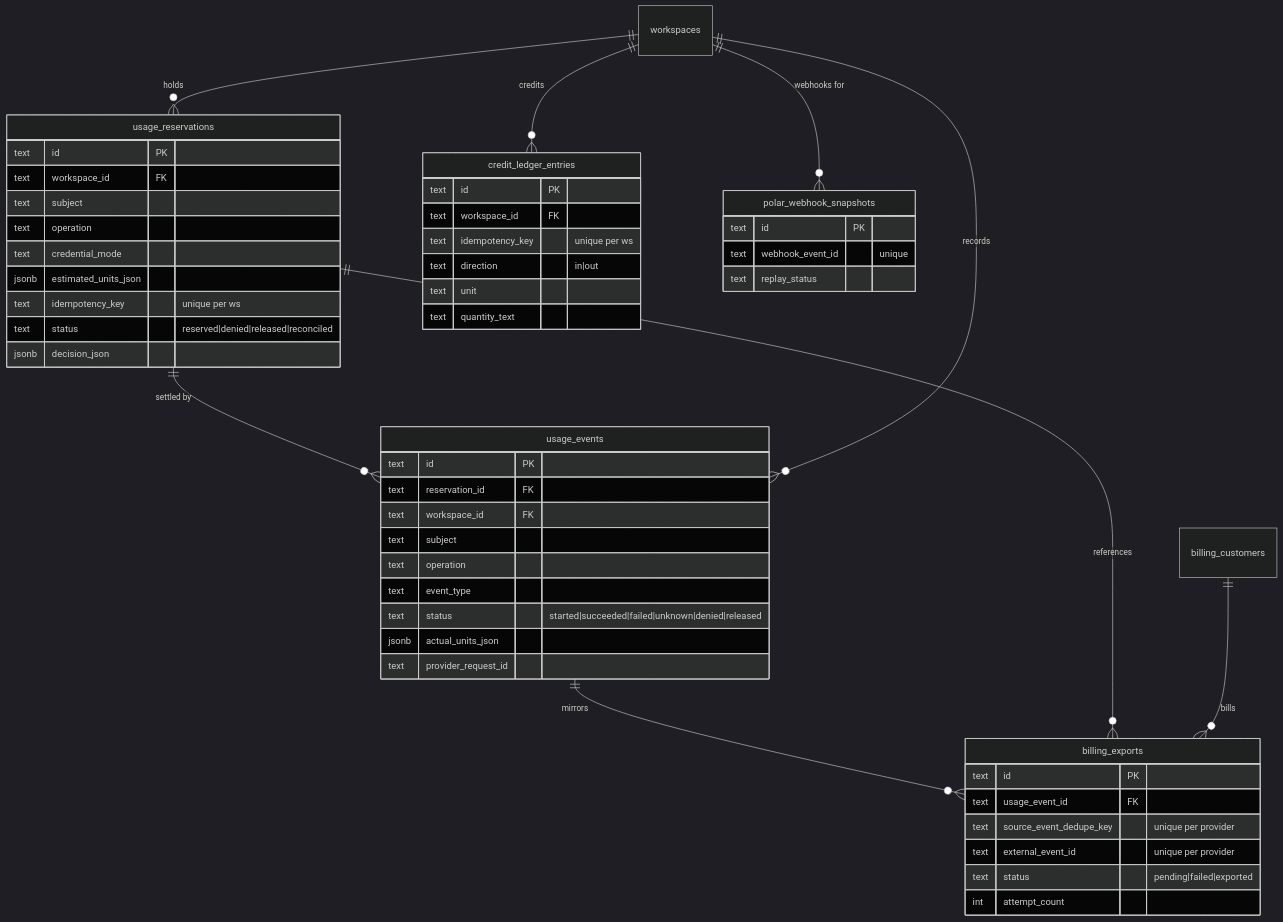
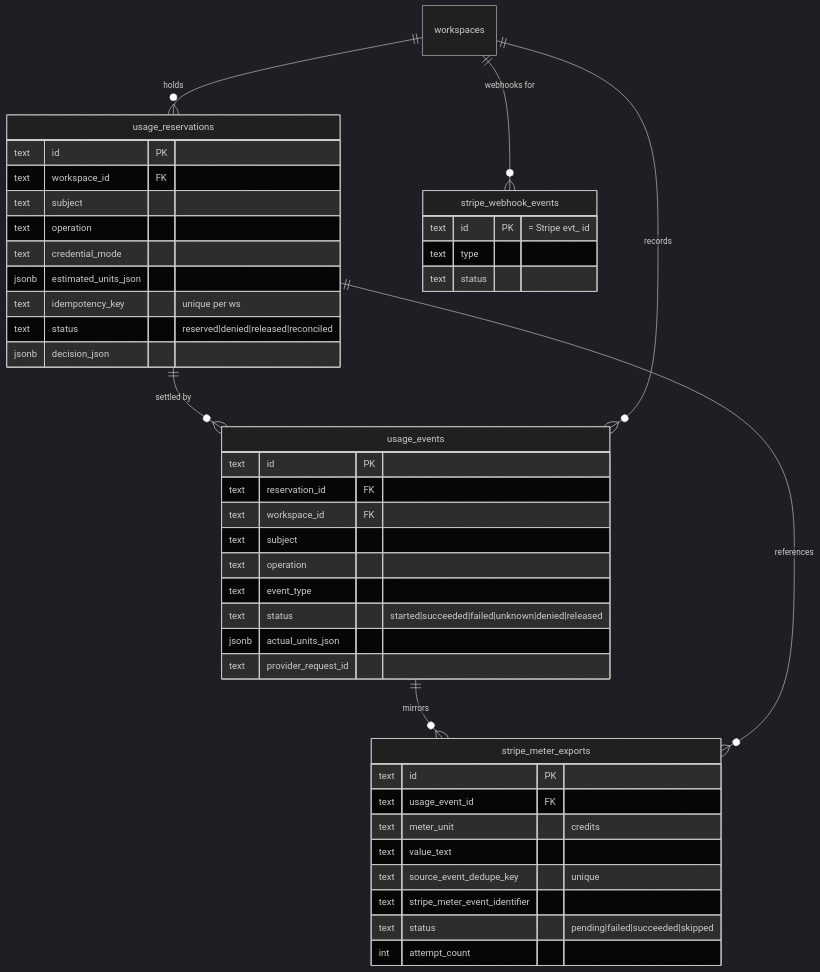
Before and after one commit to MaskyS/yutome: the fourth of 14 diagrams in docs/architecture/hosted.md, drawn with Mermaid (dark theme). The commit also changed other lines of this file and 15 other files, not shown here.

First line of the commit message:
Replace Polar billing with Stripe metered (usage-based) billing

````diff
--- a/docs/architecture/hosted.md
+++ b/docs/architecture/hosted.md
@@ -190,55 +190,47 @@
 ```mermaid
 erDiagram
     workspaces ||--o{ usage_reservations : holds
     usage_reservations ||--o{ usage_events : "settled by"
     workspaces ||--o{ usage_events : records
-    usage_events ||--o{ billing_exports : mirrors
-    usage_reservations ||--o{ billing_exports : references
-    billing_customers ||--o{ billing_exports : bills
-    workspaces ||--o{ credit_ledger_entries : credits
-    workspaces ||--o{ polar_webhook_snapshots : "webhooks for"
+    usage_events ||--o{ stripe_meter_exports : mirrors
+    usage_reservations ||--o{ stripe_meter_exports : references
+    workspaces ||--o{ stripe_webhook_events : "webhooks for"
 
     usage_reservations {
         text id PK
         text workspace_id FK
         text subject
         text operation
         text credential_mode
         jsonb estimated_units_json
         text idempotency_key "unique per ws"
         text status "reserved|denied|released|reconciled"
         jsonb decision_json
     }
     usage_events {
         text id PK
         text reservation_id FK
         text workspace_id FK
         text subject
         text operation
         text event_type
         text status "started|succeeded|failed|unknown|denied|released"
         jsonb actual_units_json
         text provider_request_id
     }
-    billing_exports {
+    stripe_meter_exports {
         text id PK
         text usage_event_id FK
-        text source_event_dedupe_key "unique per provider"
-        text external_event_id "unique per provider"
-        text status "pending|failed|exported"
+        text meter_unit "credits"
+        text value_text
+        text source_event_dedupe_key "unique"
+        text stripe_meter_event_identifier
+        text status "pending|failed|succeeded|skipped"
         int attempt_count
     }
-    credit_ledger_entries {
-        text id PK
-        text workspace_id FK
-        text idempotency_key "unique per ws"
-        text direction "in|out"
-        text unit
-        text quantity_text
-    }
-    polar_webhook_snapshots {
-        text id PK
-        text webhook_event_id "unique"
-        text replay_status
+    stripe_webhook_events {
+        text id PK "= Stripe evt_ id"
+        text type
+        text status
     }
 ```
````
